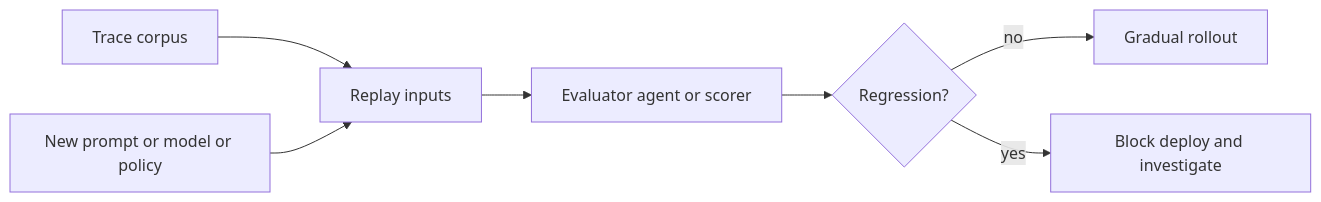
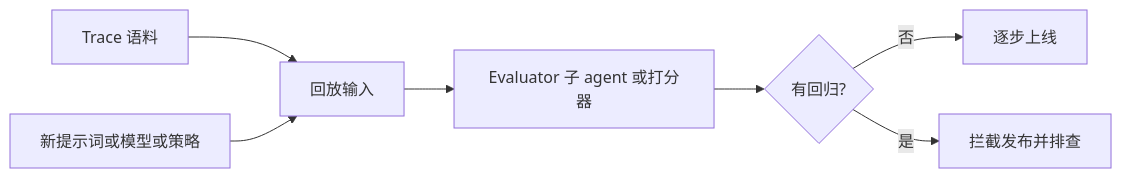
Before and after one commit to ocxers/agentic-ai-system-course-zh: the second of 2 diagrams in course-zh/16-observability.md, drawn with Mermaid. The commit also changed other lines of this file and 14 other files, not shown here.

````diff
--- a/course-zh/16-observability.md
+++ b/course-zh/16-observability.md
@@ -258,9 +258,9 @@
 ```mermaid
 flowchart LR
-    Traces["Trace corpus"] --> Replay["Replay inputs"]
-    Candidate["New prompt or model or policy"] --> Replay
-    Replay --> Judge["Evaluator agent or scorer"]
-    Judge --> Gate{"Regression?"}
-    Gate -- no --> Promote["Gradual rollout"]
-    Gate -- yes --> Block["Block deploy and investigate"]
+    Traces["Trace 语料"] --> Replay["回放输入"]
+    Candidate["新提示词或模型或策略"] --> Replay
+    Replay --> Judge["Evaluator 子 agent 或打分器"]
+    Judge --> Gate{"有回归?"}
+    Gate -- 否 --> Promote["逐步上线"]
+    Gate -- 是 --> Block["拦截发布并排查"]
 ```
````
